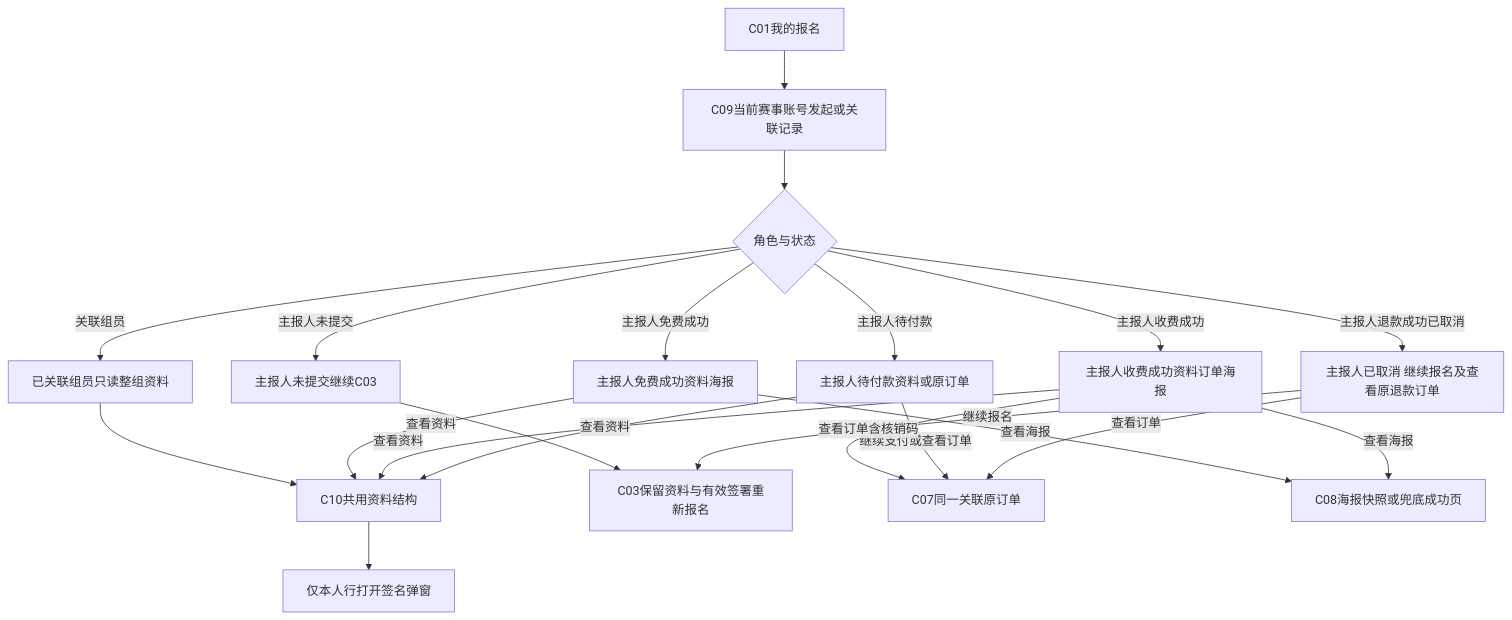
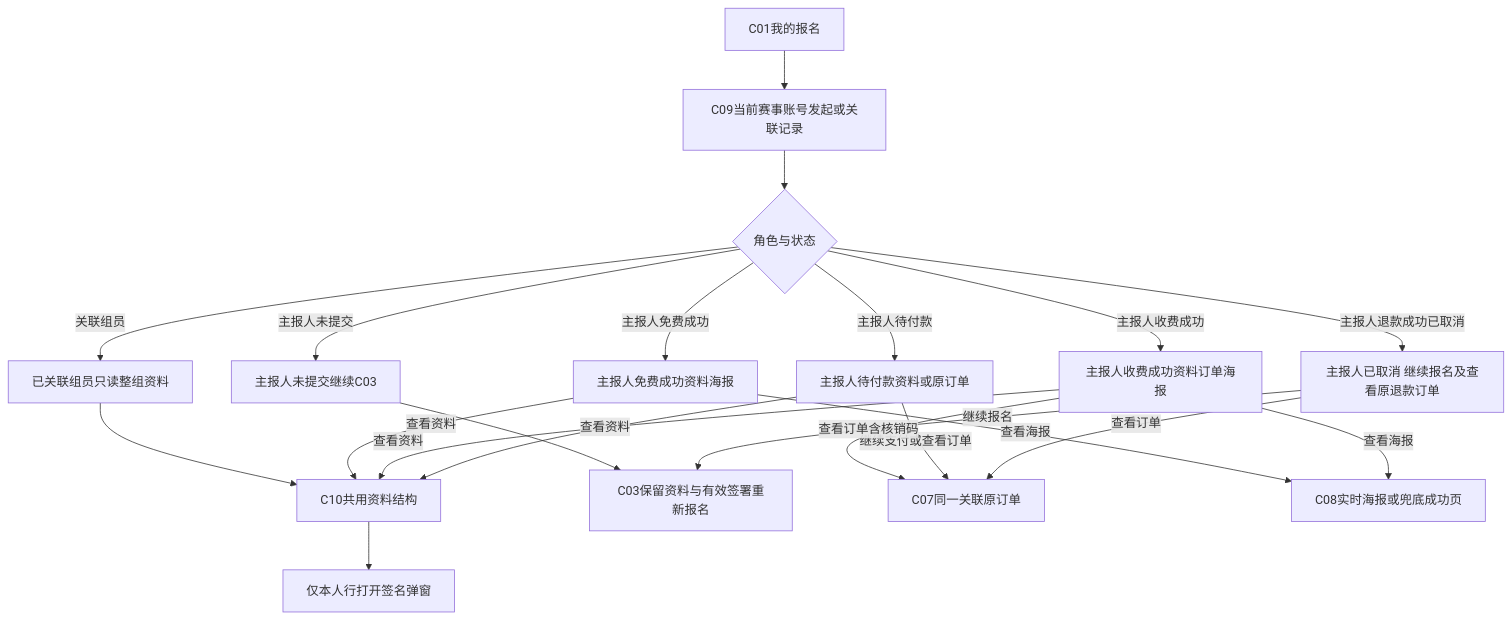
One commit to susantung/yanuoda changed the sixth of 8 diagrams in dev-test-versions/2026-event-registration-20261110/方案与需求/2026-event-registration-20261110/02-全程流程图.md. Above: the diagram before and after it, drawn with Mermaid. The commit also changed other lines of this file and 34 other files, not shown here.

````diff
--- a/dev-test-versions/2026-event-registration-20261110/方案与需求/2026-event-registration-20261110/02-全程流程图.md
+++ b/dev-test-versions/2026-event-registration-20261110/方案与需求/2026-event-registration-20261110/02-全程流程图.md
@@ -210,37 +210,37 @@
 ```mermaid
 flowchart TD
  A[C01我的报名]
  B[C09当前赛事账号发起或关联记录]
  C{角色与状态}
  D[主报人未提交继续C03]
  E[主报人待付款资料或原订单]
  F[主报人收费成功资料订单海报]
  G[主报人免费成功资料海报]
  H[已关联组员只读整组资料]
  I[C10共用资料结构]
  J[仅本人行打开签名弹窗]
  K[主报人已取消 继续报名及查看原退款订单]
  L[C03保留资料与有效签署重新报名]
  M[C07同一关联原订单]
- N[C08海报快照或兜底成功页]
+ N[C08实时海报或兜底成功页]
  A --> B
  B --> C
  C -->|主报人未提交| D
  C -->|主报人待付款| E
  C -->|主报人收费成功| F
  C -->|主报人免费成功| G
  C -->|关联组员| H
  C -->|主报人退款成功已取消| K
  K -->|继续报名| L
  K -->|查看订单| M
  D --> L
  E -->|继续支付或查看订单| M
  F -->|查看订单含核销码| M
  F -->|查看海报| N
  G -->|查看海报| N
  E -->|查看资料| I
  F -->|查看资料| I
  G -->|查看资料| I
  H --> I
  I --> J
 ```
````
